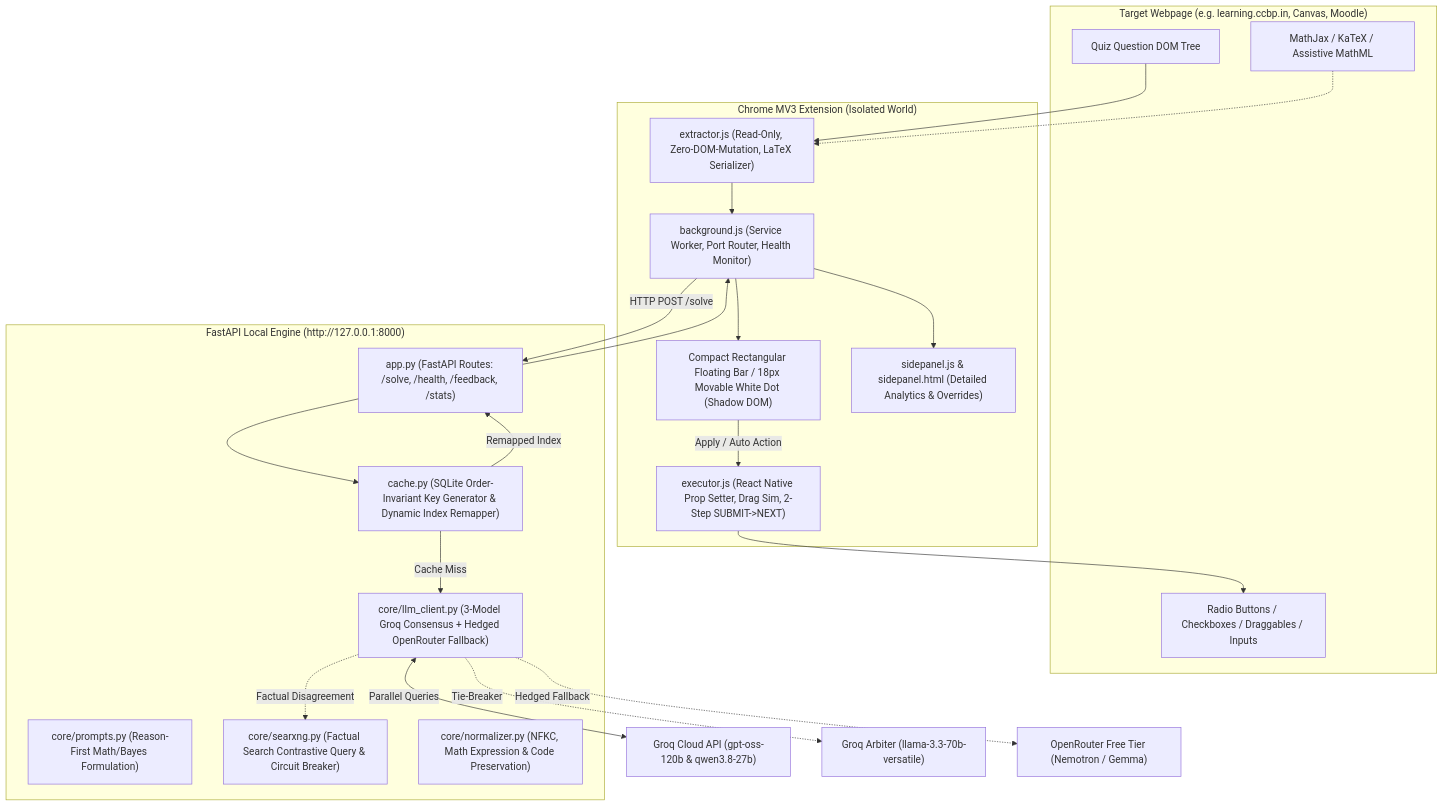
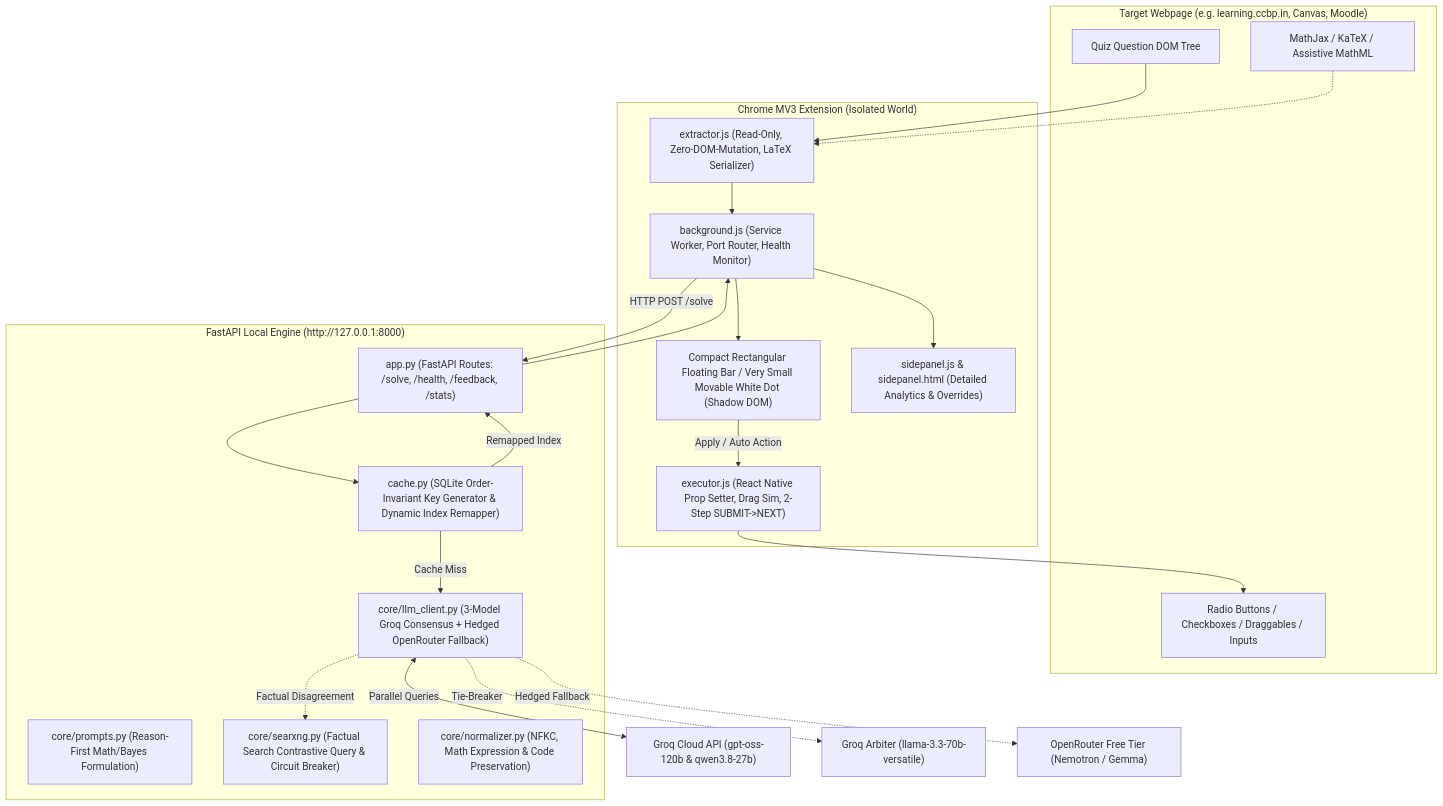
Before and after one commit to codewithjaswanth/QuizZy: the diagram in README.md, drawn with Mermaid. The commit also changed other lines of this file and 1 other file, not shown here.

Commit message:
style(hud): decrease white dot to ultra-small 9px with crisp border and invisible grab zone

````diff
--- a/README.md
+++ b/README.md
@@ -13,42 +13,42 @@
 ```mermaid
 graph TD
     subgraph ClientPage ["Target Webpage (e.g. learning.ccbp.in, Canvas, Moodle)"]
         DOM[Quiz Question DOM Tree]
         MathJax[MathJax / KaTeX / Assistive MathML]
         Inputs[Radio Buttons / Checkboxes / Draggables / Inputs]
     end
 
     subgraph Extension ["Chrome MV3 Extension (Isolated World)"]
-        HUD["Compact Rectangular Floating Bar / 18px Movable White Dot (Shadow DOM)"]
+        HUD["Compact Rectangular Floating Bar / Very Small Movable White Dot (Shadow DOM)"]
         Extractor["extractor.js (Read-Only, Zero-DOM-Mutation, LaTeX Serializer)"]
         Executor["executor.js (React Native Prop Setter, Drag Sim, 2-Step SUBMIT->NEXT)"]
         BG["background.js (Service Worker, Port Router, Health Monitor)"]
         Panel["sidepanel.js & sidepanel.html (Detailed Analytics & Overrides)"]
     end
 
     subgraph Backend ["FastAPI Local Engine (http://127.0.0.1:8000)"]
         API["app.py (FastAPI Routes: /solve, /health, /feedback, /stats)"]
         Cache["cache.py (SQLite Order-Invariant Key Generator & Dynamic Index Remapper)"]
         LLM["core/llm_client.py (3-Model Groq Consensus + Hedged OpenRouter Fallback)"]
         Prompts["core/prompts.py (Reason-First Math/Bayes Formulation)"]
         SearXNG["core/searxng.py (Factual Search Contrastive Query & Circuit Breaker)"]
         Normalizer["core/normalizer.py (NFKC, Math Expression & Code Preservation)"]
     end
 
     DOM --> Extractor
     MathJax -.-> Extractor
     Extractor --> BG
     BG -->|HTTP POST /solve| API
     API --> Cache
     Cache -->|Cache Miss| LLM
     LLM <-->|Parallel Queries| GroqCloud["Groq Cloud API (gpt-oss-120b & qwen3.8-27b)"]
     LLM -.->|Tie-Breaker| Arbiter["Groq Arbiter (llama-3.3-70b-versatile)"]
     LLM -.->|Hedged Fallback| OpenRouter["OpenRouter Free Tier (Nemotron / Gemma)"]
     LLM -.->|Factual Disagreement| SearXNG
     Cache -->|Remapped Index| API
     API --> BG
     BG --> HUD
     BG --> Panel
     HUD -->|Apply / Auto Action| Executor
     Executor --> Inputs
 ```
````
